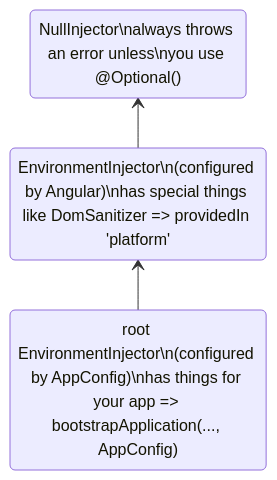
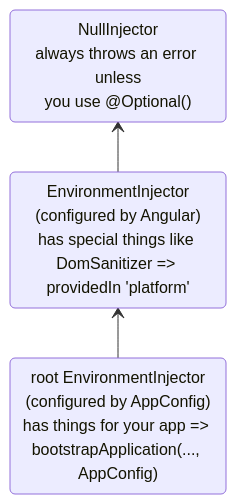
Before and after one commit to angular/angular-ja: the first of 3 diagrams in adev-ja/src/content/guide/di/hierarchical-dependency-injection.en.md, drawn with Mermaid. The commit also changed 95 other files, not shown here.

````diff
--- a/adev-ja/src/content/guide/di/hierarchical-dependency-injection.en.md
+++ b/adev-ja/src/content/guide/di/hierarchical-dependency-injection.en.md
@@ -95,10 +95,10 @@
 ```mermaid
 stateDiagram-v2
-    elementInjector: EnvironmentInjector\n(configured by Angular)\nhas special things like DomSanitizer => providedIn 'platform'
-    rootInjector: root EnvironmentInjector\n(configured by AppConfig)\nhas things for your app => bootstrapApplication(..., AppConfig)
-    nullInjector: NullInjector\nalways throws an error unless\nyou use @Optional()
+    elementInjector: EnvironmentInjector<br>(configured by Angular)<br>has special things like DomSanitizer => providedIn 'platform'
+    rootInjector: root EnvironmentInjector<br>(configured by AppConfig)<br>has things for your app => bootstrapApplication(..., AppConfig)
+    nullInjector: NullInjector<br>always throws an error unless<br>you use @Optional()
 
     direction BT
     rootInjector --> elementInjector
     elementInjector --> nullInjector
 ```
````
